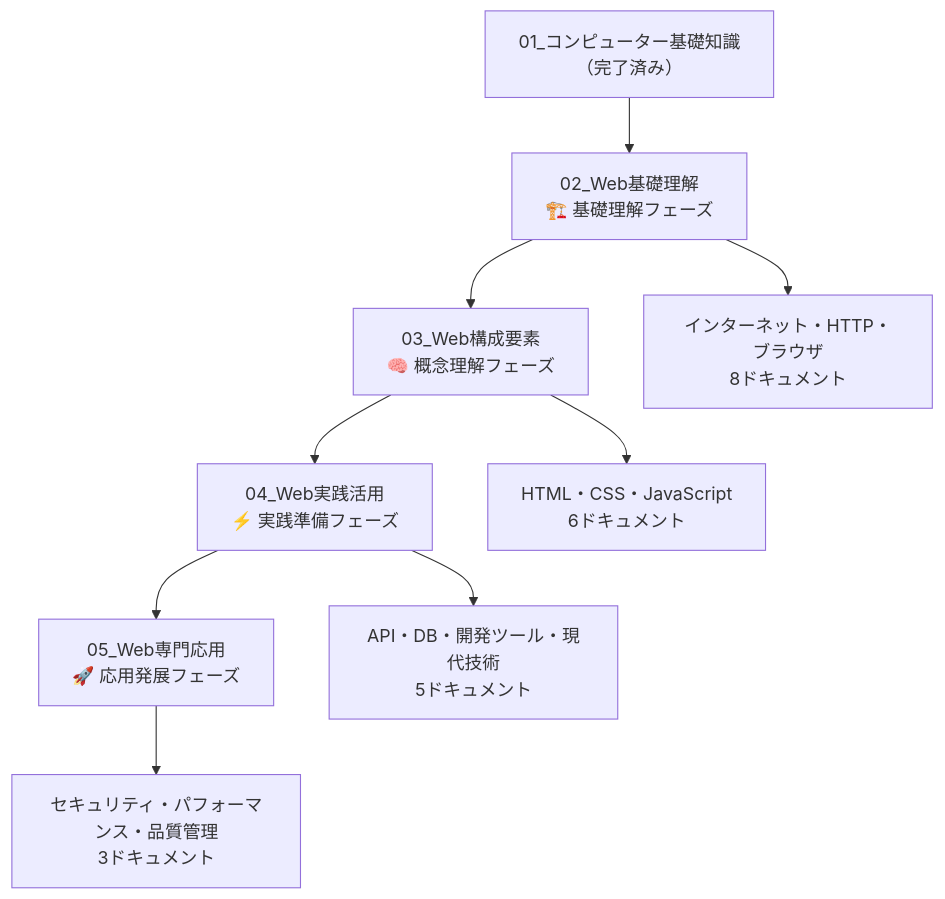
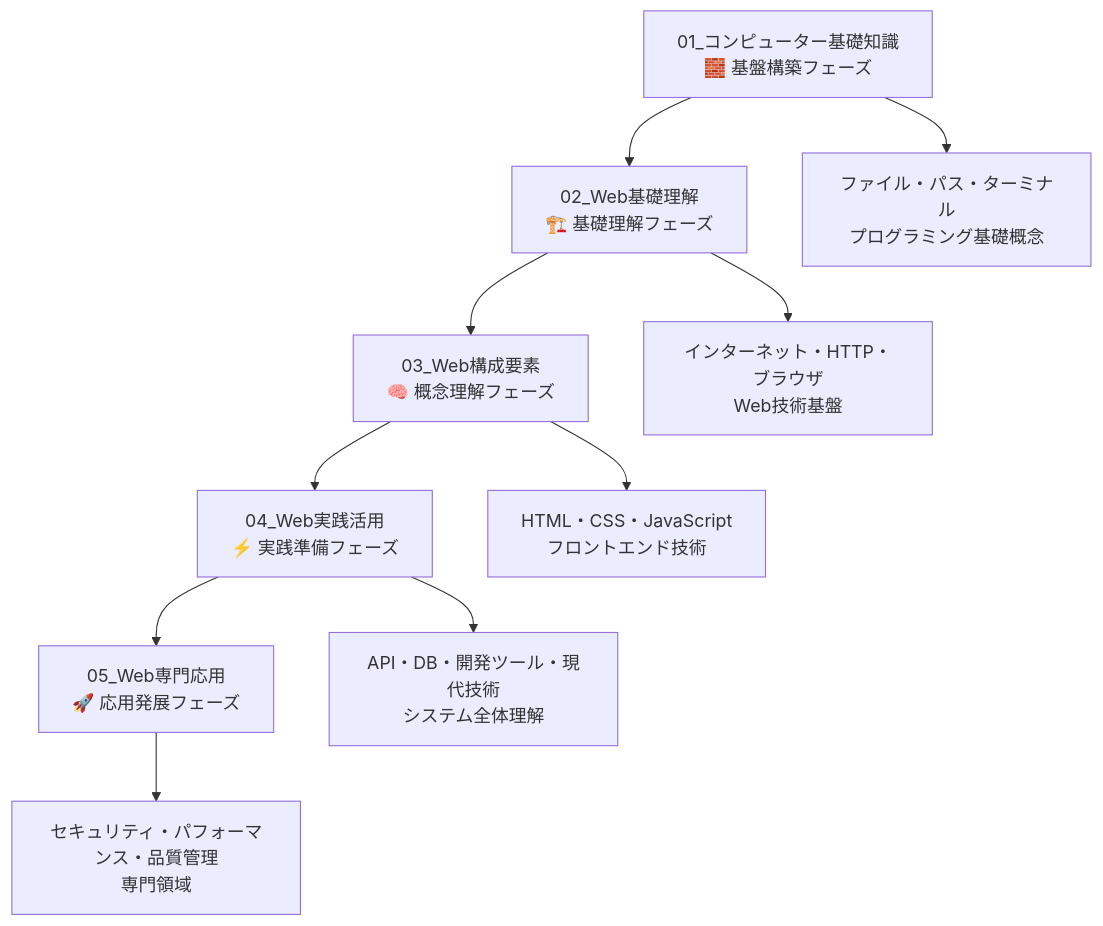
One commit to Monzi-takuya/web-fundamentals-for-non-engineers changed the diagram in docs/README.md. Above: the diagram before and after it, drawn with Mermaid. The commit also changed other lines of this file, not shown here.

````diff
--- a/docs/README.md
+++ b/docs/README.md
@@ -13,12 +13,13 @@
 ```mermaid
 flowchart TD
-    A["01_コンピューター基礎知識<br/>（完了済み）"] --> B["02_Web基礎理解<br/>🏗️ 基礎理解フェーズ"]
+    A["01_コンピューター基礎知識<br/>🧱 基盤構築フェーズ"] --> B["02_Web基礎理解<br/>🏗️ 基礎理解フェーズ"]
     B --> C["03_Web構成要素<br/>🧠 概念理解フェーズ"]
     C --> D["04_Web実践活用<br/>⚡ 実践準備フェーズ"]
     D --> E["05_Web専門応用<br/>🚀 応用発展フェーズ"]
     
-    B --> B1["インターネット・HTTP・ブラウザ<br/>8ドキュメント"]
-    C --> C1["HTML・CSS・JavaScript<br/>6ドキュメント"]
-    D --> D1["API・DB・開発ツール・現代技術<br/>5ドキュメント"]
-    E --> E1["セキュリティ・パフォーマンス・品質管理<br/>3ドキュメント"]
+    A --> A1["ファイル・パス・ターミナル<br/>プログラミング基礎概念"]
+    B --> B1["インターネット・HTTP・ブラウザ<br/>Web技術基盤"]
+    C --> C1["HTML・CSS・JavaScript<br/>フロントエンド技術"]
+    D --> D1["API・DB・開発ツール・現代技術<br/>システム全体理解"]
+    E --> E1["セキュリティ・パフォーマンス・品質管理<br/>専門領域"]
 ```
````
